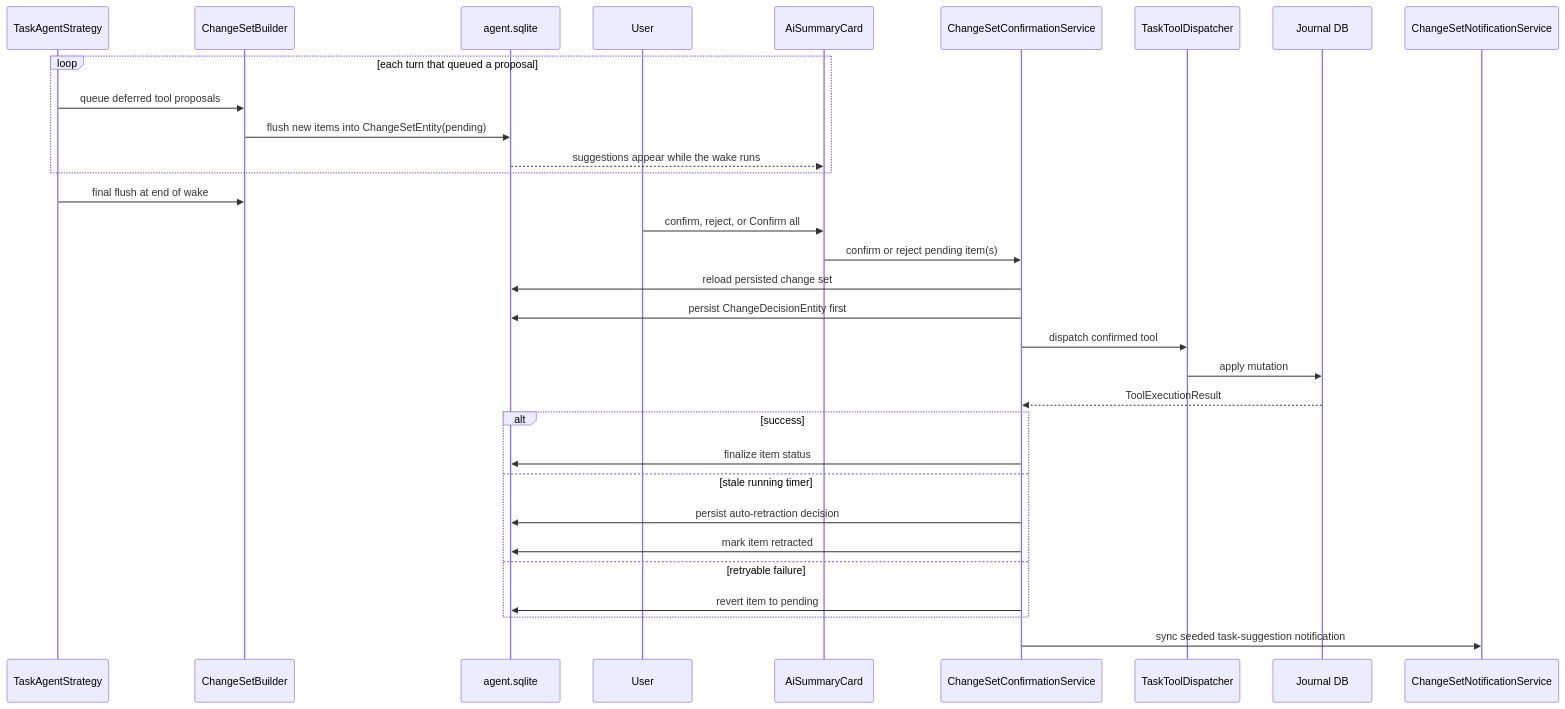
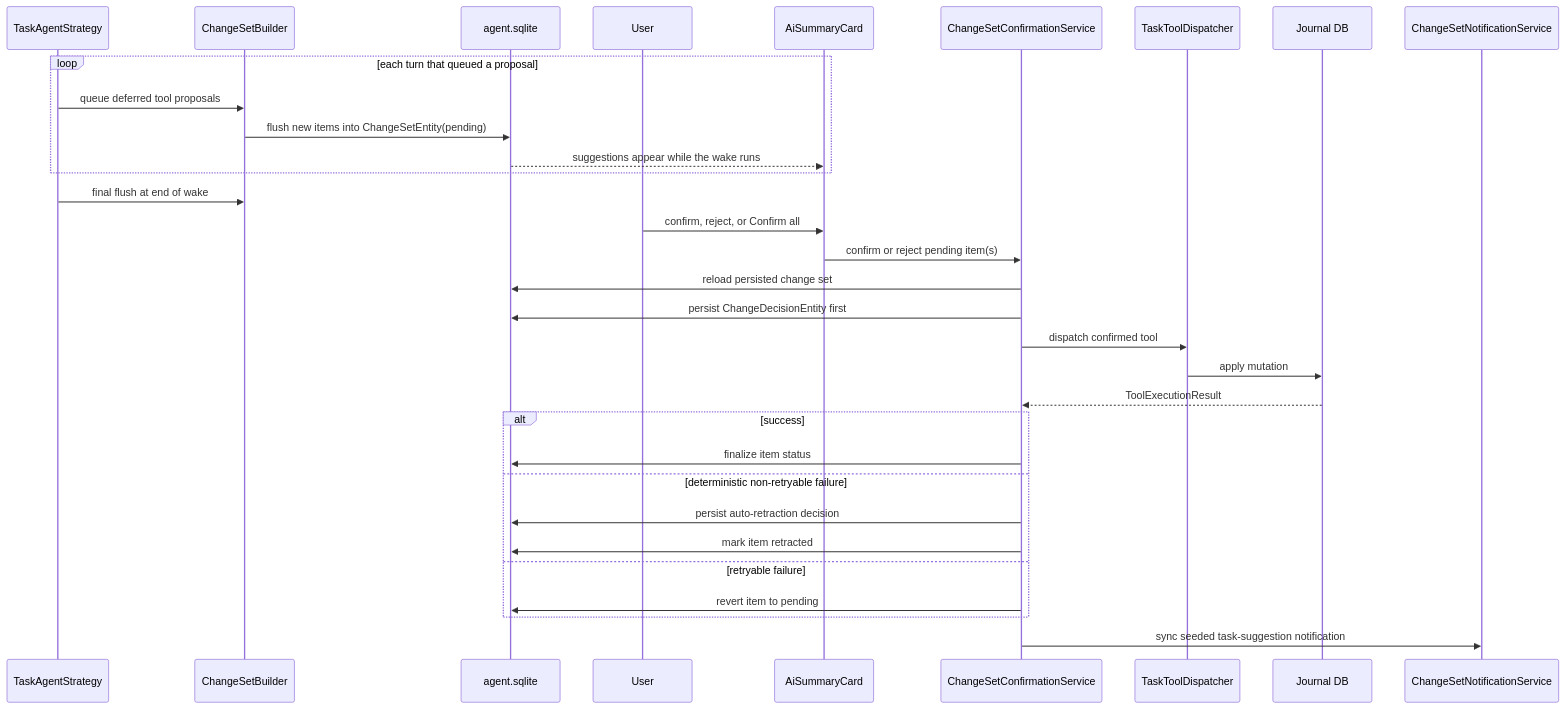
The sixth of 7 diagrams in knowledge/features/agents/task-agents.md (matthiasn/lotti), drawn with Mermaid before and after one commit. The commit also changed other lines of this file and 23 other files, not shown here.

````diff
--- a/knowledge/features/agents/task-agents.md
+++ b/knowledge/features/agents/task-agents.md
@@ -603,35 +603,35 @@
 ```mermaid
 sequenceDiagram
   participant Agent as TaskAgentStrategy
   participant Builder as ChangeSetBuilder
   participant Store as agent.sqlite
   participant User as User
   participant Card as AiSummaryCard
   participant Confirm as ChangeSetConfirmationService
   participant Dispatch as TaskToolDispatcher
   participant Journal as Journal DB
   participant Inbox as ChangeSetNotificationService
 
   loop each turn that queued a proposal
     Agent->>Builder: queue deferred tool proposals
     Builder->>Store: flush new items into ChangeSetEntity(pending)
     Store-->>Card: suggestions appear while the wake runs
   end
   Agent->>Builder: final flush at end of wake
   User->>Card: confirm, reject, or Confirm all
   Card->>Confirm: confirm or reject pending item(s)
   Confirm->>Store: reload persisted change set
   Confirm->>Store: persist ChangeDecisionEntity first
   Confirm->>Dispatch: dispatch confirmed tool
   Dispatch->>Journal: apply mutation
   Journal-->>Confirm: ToolExecutionResult
   alt success
     Confirm->>Store: finalize item status
-  else stale running timer
+  else deterministic non-retryable failure
     Confirm->>Store: persist auto-retraction decision
     Confirm->>Store: mark item retracted
   else retryable failure
     Confirm->>Store: revert item to pending
   end
   Confirm->>Inbox: sync seeded task-suggestion notification
 ```
````
